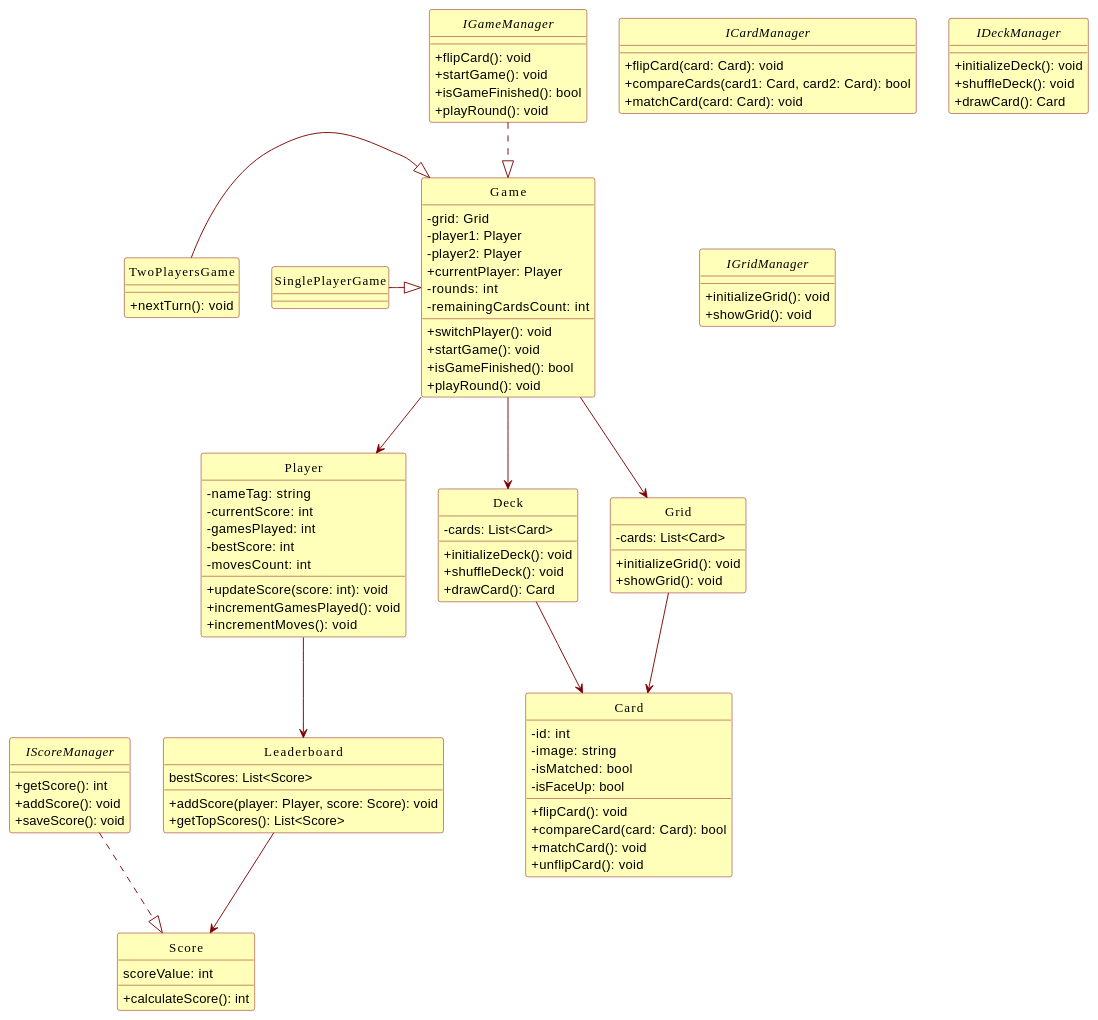
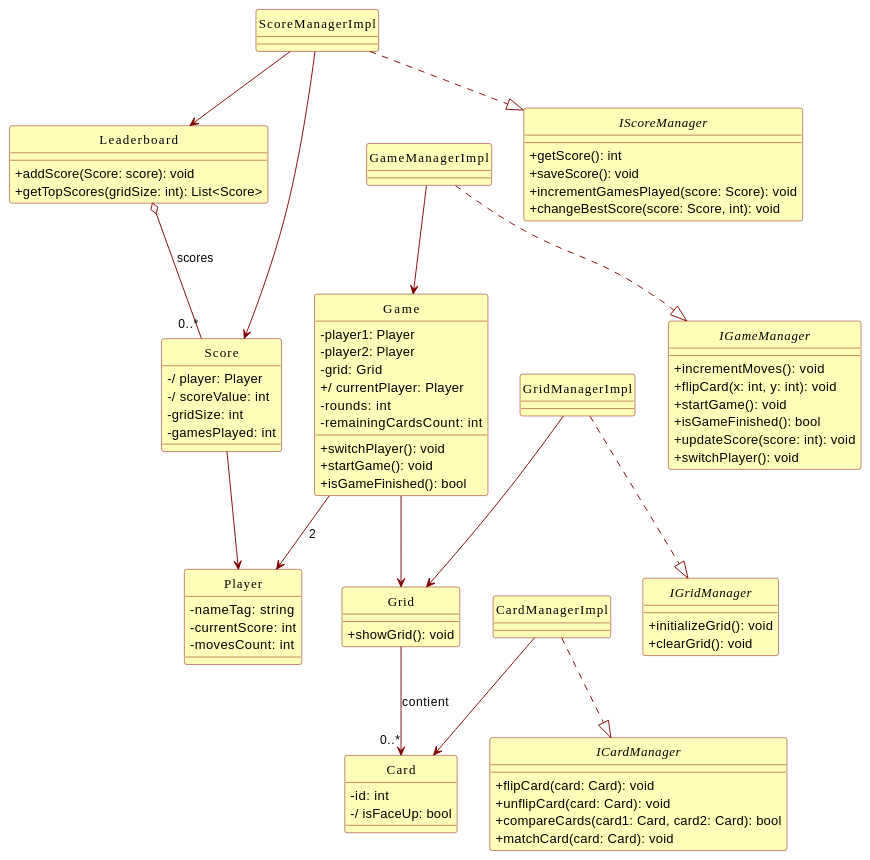
Before and after one commit to PosiTr0n505/Game-Memory: the diagram in src/Docs/Diagrammes/classes.md, drawn with PlantUML. The commit also changed other lines of this file, not shown here.

Commit message:
Mise à jour de 'src/Docs/Diagrammes/classes.md'

````diff
--- a/src/Docs/Diagrammes/classes.md
+++ b/src/Docs/Diagrammes/classes.md
@@ -9,126 +9,104 @@
 skinparam classFontColor #black
 skinparam classFontName Tahoma
 
-' Classe Player
+' ---------------- CLASSES PRINCIPALES ----------------
+
 class Player {
     - nameTag: string
     - currentScore: int
-    - gamesPlayed: int
-    - bestScore: int
     - movesCount: int
-    + updateScore(score: int): void
-    + incrementGamesPlayed(): void
-    + incrementMoves(): void
 }
 
-' Classe Score
 class Score {
-    scoreValue: int
-    + calculateScore(): int
+	-/ player: Player
+    -/ scoreValue: int
+    - gridSize: int
+    - gamesPlayed: int
 }
 
-' Classe Leaderboard
+
+Score --> Player
+
 class Leaderboard {
-    bestScores: List<Score>
-    + addScore(player: Player, score: Score): void
-    + getTopScores(): List<Score>
+    + addScore(Score: score): void
+    + getTopScores(gridSize: int): List<Score>
 }
 
-' Classe Deck (Paquet de cartes)
-class Deck {
-    - cards: List<Card>
-    + initializeDeck(): void
-    + shuffleDeck(): void
-    + drawCard(): Card
-}
+Leaderboard o-- "0..*" Score : scores
 
-' Classe Partie
 class Game {
-    - grid: Grid
     - player1: Player
     - player2: Player
-    + currentPlayer: Player
+	- grid: Grid
+    +/ currentPlayer: Player
     - rounds: int
     - remainingCardsCount: int
     + switchPlayer(): void
     + startGame(): void
     + isGameFinished(): bool
-    + playRound(): void
 }
 
-' Classe IGameManager
-interface IGameManager {
-    + flipCard(): void
-    + startGame(): void
-    + isGameFinished(): bool
-    + playRound(): void
-}
+Game --> Player : 2
+Game --> Grid
 
-' Classe IScoreManager
-interface IScoreManager {
-    + getScore(): int
-    + addScore(): void
-    + saveScore(): void 
-}
-
-' Classe PartieSingleplayer héritant de Partie
-class SinglePlayerGame {
-}
-
-' Classe PartieTwoPlayers héritant de Partie
-class TwoPlayersGame {
-    + nextTurn(): void
-}
-
-' Classe Grille
 class Grid {
-    - cards: List<Card>
-    + initializeGrid(): void
     + showGrid(): void
 }
 
-' Classe Carte
+Grid --> "0..*" Card : contient
+
 class Card {
     - id: int
-    - image: string
-    - isMatched: bool
-    - isFaceUp: bool
-    + flipCard(): void
-    + compareCard(card: Card): bool
-    + matchCard(): void
-    + unflipCard(): void
+    -/ isFaceUp: bool
 }
 
-' Interface ICardManager
+' ---------------- INTERFACES ----------------
+
+interface IGameManager {
+    + incrementMoves(): void
+    + flipCard(x: int, y: int): void
+    + startGame(): void
+    + isGameFinished(): bool
+	+ updateScore(score: int): void
+    + switchPlayer(): void
+}
+
+interface IScoreManager {
+    + getScore(): int
+    + saveScore(): void 
+    + incrementGamesPlayed(score: Score): void
+    + changeBestScore(score: Score, int): void
+}
+
+interface IGridManager {
+    + initializeGrid(): void
+    + clearGrid(): void
+}
+
 interface ICardManager {
     + flipCard(card: Card): void
+	+ unflipCard(card: Card): void
     + compareCards(card1: Card, card2: Card): bool
     + matchCard(card: Card): void
 }
 
-' Interface IDeckManager
-interface IDeckManager {
-    + initializeDeck(): void
-    + shuffleDeck(): void
-    + drawCard(): Card
-}
+' ---------------- IMPLEMENTATIONS DES MANAGERS ----------------
 
-' Interface IGridManager
-interface IGridManager {
-    + initializeGrid(): void
-    + showGrid(): void
-}
+class GameManagerImpl
+GameManagerImpl ..|> IGameManager
+GameManagerImpl --> Game
 
-' Relations
-IGameManager  ..|> Game
-Game --> Player
-Game --> Grid
-TwoPlayersGame -|> Game
-SinglePlayerGame -|> Game
-Grid --> Card
-IScoreManager  ..|> Score
-Leaderboard --> Score
-Player --> Leaderboard
-Game --> Deck
-Deck --> Card
+class ScoreManagerImpl
+ScoreManagerImpl ..|> IScoreManager
+ScoreManagerImpl --> Score
+ScoreManagerImpl --> Leaderboard
+
+class GridManagerImpl
+GridManagerImpl ..|> IGridManager
+GridManagerImpl --> Grid
+
+class CardManagerImpl
+CardManagerImpl ..|> ICardManager
+CardManagerImpl --> Card
+@enduml
 ```
````
